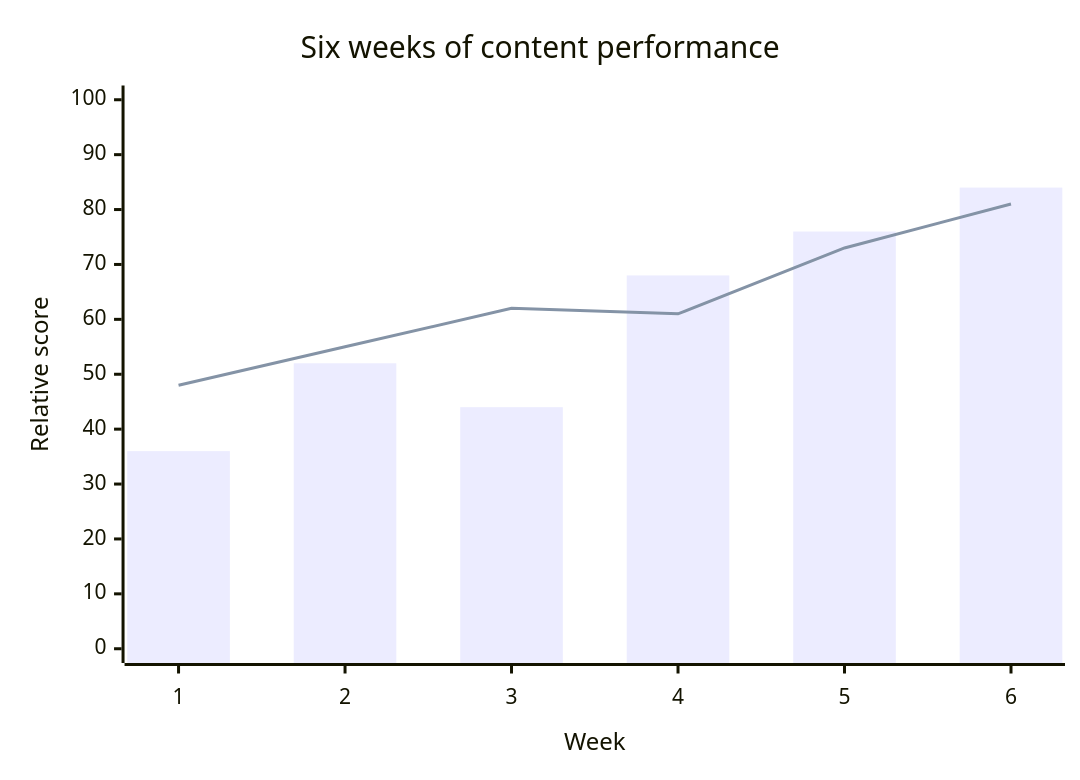
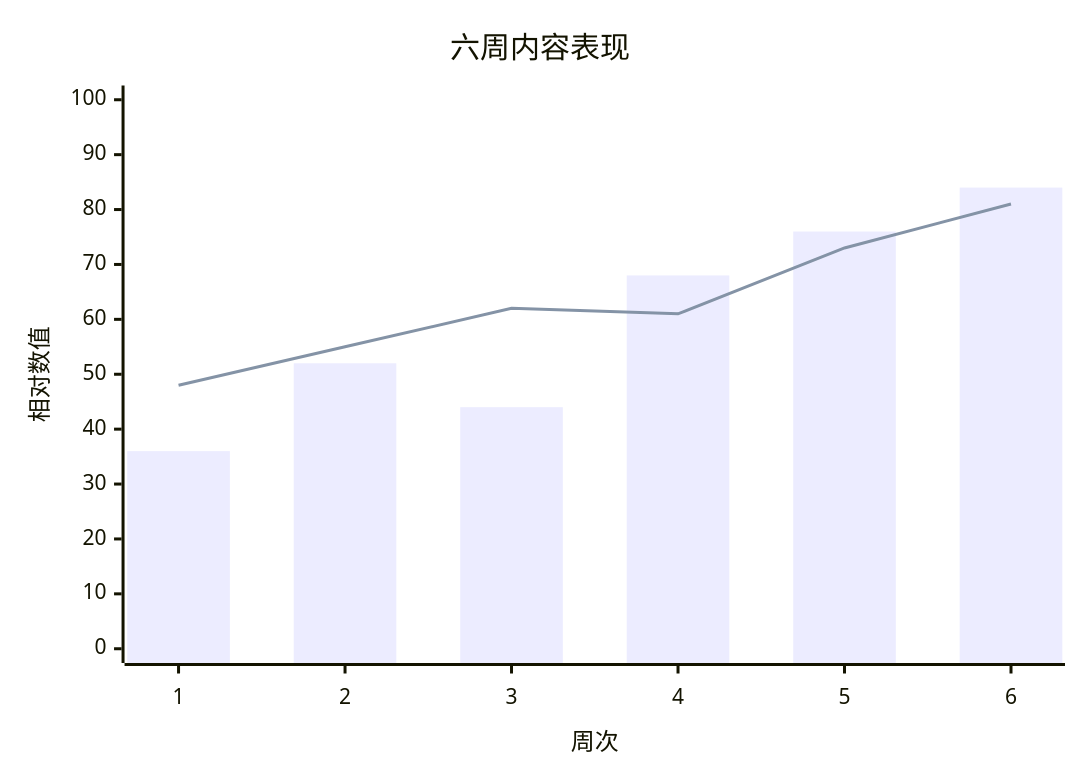
One commit to ynx-official/Shirone changed the sixth of 14 diagrams in nuxt4/content/posts/markdown-mermaid.md. Above: the diagram before and after it, drawn with Mermaid. The commit also changed other lines of this file and 99 other files, not shown here.

````diff
--- a/nuxt4/content/posts/markdown-mermaid.md
+++ b/nuxt4/content/posts/markdown-mermaid.md
@@ -139,10 +134,10 @@
 ```mermaid
 xychart-beta
-    accTitle: Six weeks of content performance
-    accDescr: Bars show normalized weekly publishing volume, while the line shows normalized reading completion.
-    title "Six weeks of content performance"
-    x-axis "Week" [1, 2, 3, 4, 5, 6]
-    y-axis "Relative score" 0 --> 100
+    accTitle: 趋势图示例
+    accDescr: 使用趋势图说明博客中的信息关系与工作过程。
+    title "六周内容表现"
+    x-axis "周次" [1, 2, 3, 4, 5, 6]
+    y-axis "相对数值" 0 --> 100
     bar [36, 52, 44, 68, 76, 84]
     line [48, 55, 62, 61, 73, 81]
 ```
````
